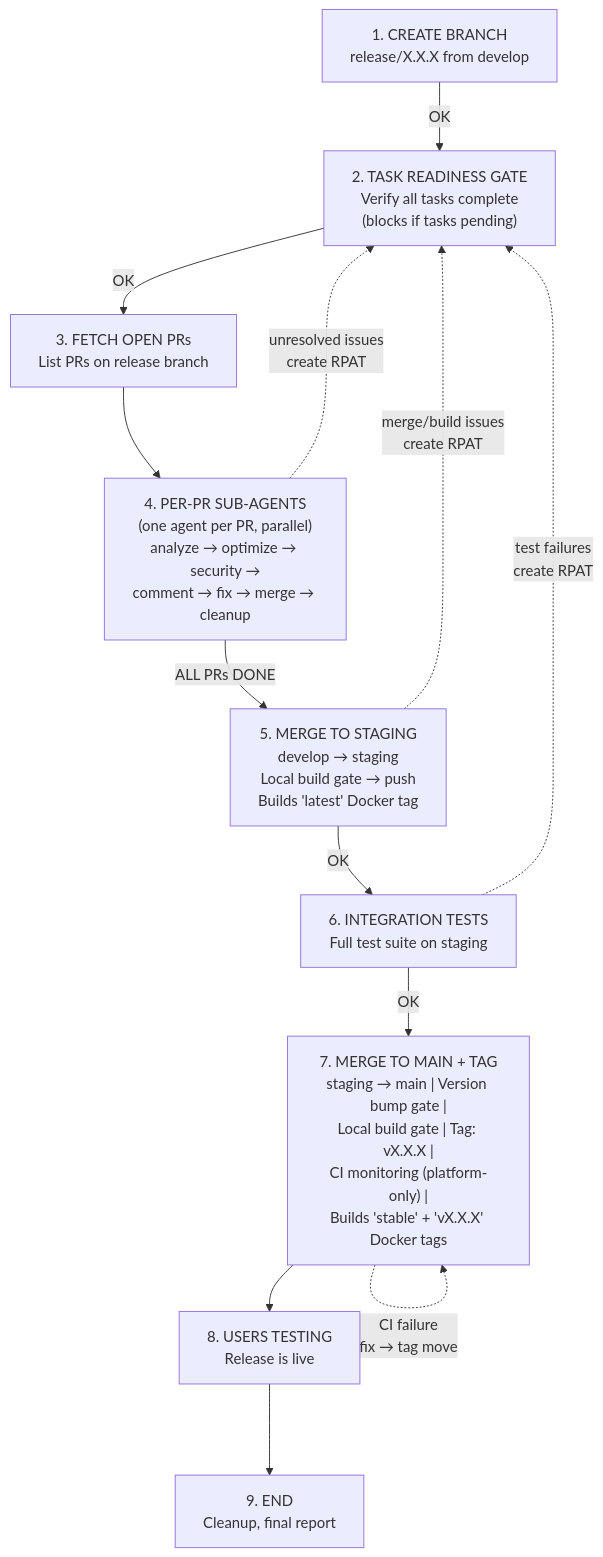
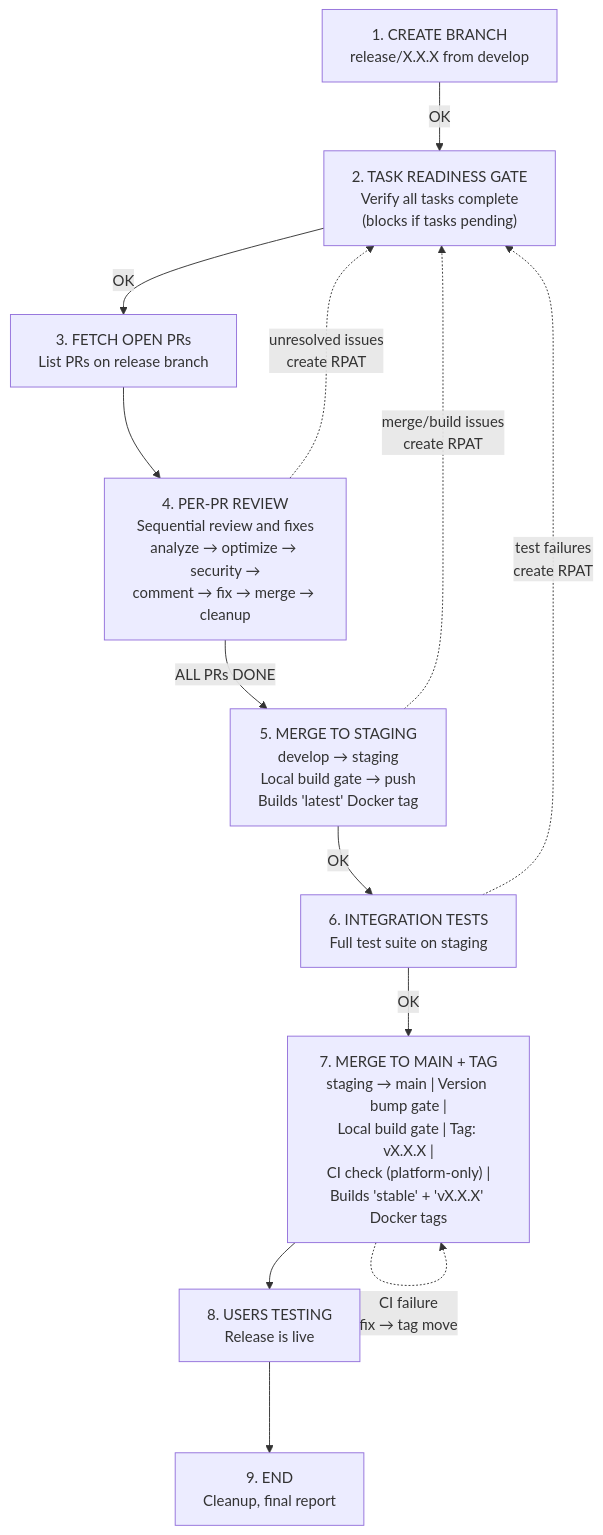
One commit to dnviti/codeclaw changed the third of 5 diagrams in README.md. Above: the diagram before and after it, drawn with Mermaid. The commit also changed other lines of this file and 95 other files, not shown here.

````diff
--- a/README.md
+++ b/README.md
@@ -131,26 +128,26 @@
 ```mermaid
 flowchart TD
     S1["1. CREATE BRANCH<br>release/X.X.X from develop"]
     S2["2. TASK READINESS GATE<br>Verify all tasks complete<br>(blocks if tasks pending)"]
     S3["3. FETCH OPEN PRs<br>List PRs on release branch"]
-    S4["4. PER-PR SUB-AGENTS<br>(one agent per PR, parallel)<br>analyze → optimize → security →<br>comment → fix → merge → cleanup"]
+    S4["4. PER-PR REVIEW<br>Sequential review and fixes<br>analyze → optimize → security →<br>comment → fix → merge → cleanup"]
     S5["5. MERGE TO STAGING<br>develop → staging<br>Local build gate → push<br>Builds 'latest' Docker tag"]
     S6["6. INTEGRATION TESTS<br>Full test suite on staging"]
-    S7["7. MERGE TO MAIN + TAG<br>staging → main | Version bump gate |<br>Local build gate | Tag: vX.X.X |<br>CI monitoring (platform-only) |<br>Builds 'stable' + 'vX.X.X' Docker tags"]
+    S7["7. MERGE TO MAIN + TAG<br>staging → main | Version bump gate |<br>Local build gate | Tag: vX.X.X |<br>CI check (platform-only) |<br>Builds 'stable' + 'vX.X.X' Docker tags"]
     S8["8. USERS TESTING<br>Release is live"]
     S9["9. END<br>Cleanup, final report"]
 
     S1 -->|OK| S2
     S2 -->|OK| S3
     S3 --> S4
     S4 -->|ALL PRs DONE| S5
     S5 -->|OK| S6
     S6 -->|OK| S7
     S7 --> S8
     S8 --> S9
 
     S4 -. "unresolved issues<br>create RPAT" .-> S2
     S5 -. "merge/build issues<br>create RPAT" .-> S2
     S6 -. "test failures<br>create RPAT" .-> S2
     S7 -. "CI failure<br>fix → tag move" .-> S7
 ```
````
